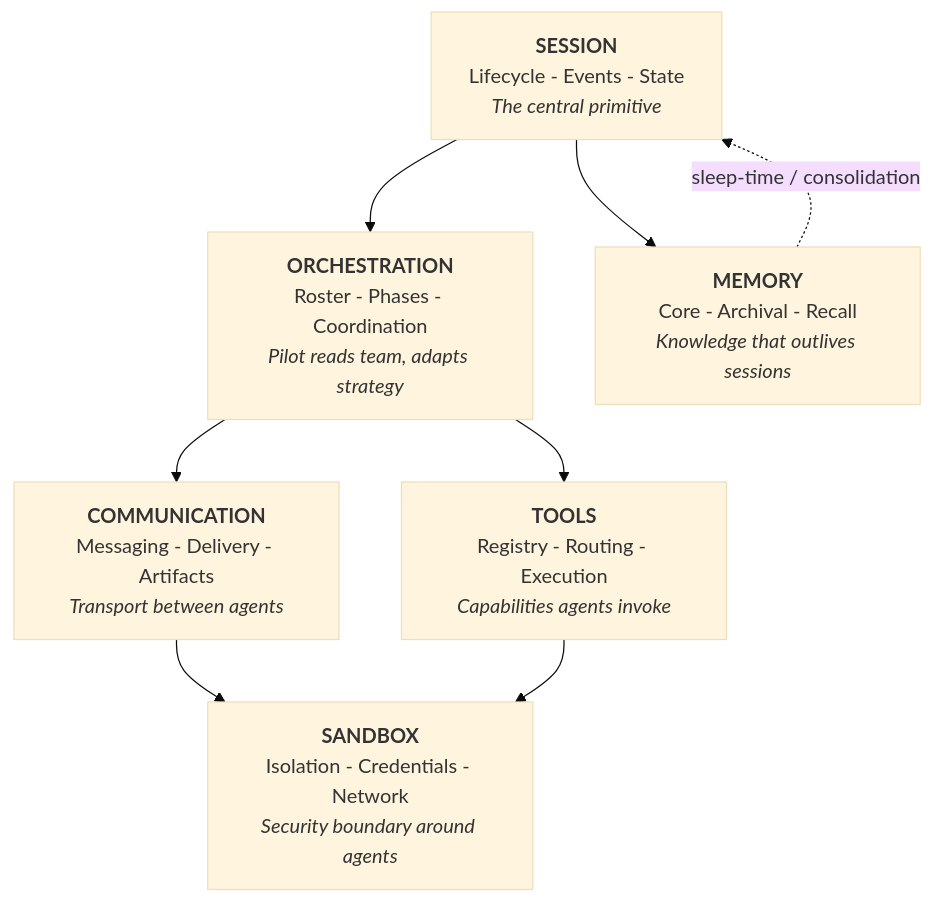
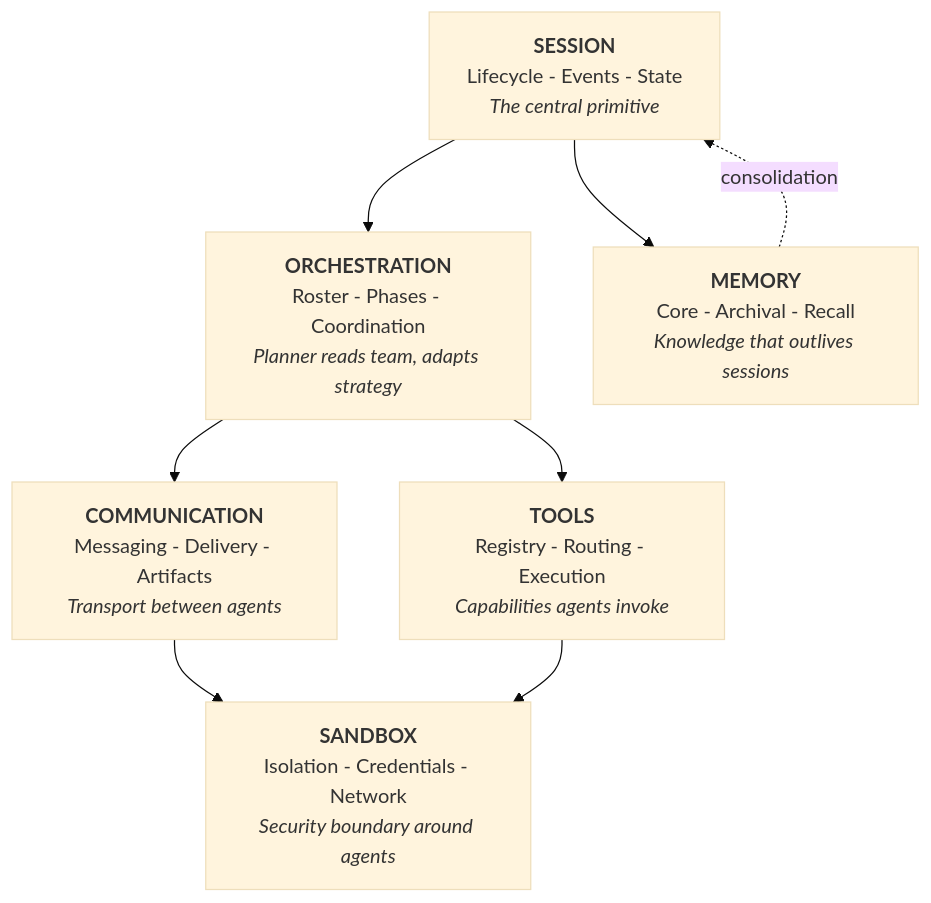
The diagram in docs/PHILOSOPHY.md (donovan-yohan/belayer), drawn with Mermaid (base theme) before and after one commit. The commit also changed other lines of this file and 82 other files, not shown here.

````diff
--- a/docs/PHILOSOPHY.md
+++ b/docs/PHILOSOPHY.md
@@ -42,17 +28,17 @@
 ```mermaid
 flowchart TB
     S["<b>SESSION</b><br/>Lifecycle - Events - State<br/><i>The central primitive</i>"]
-    O["<b>ORCHESTRATION</b><br/>Roster - Phases - Coordination<br/><i>Pilot reads team, adapts strategy</i>"]
+    O["<b>ORCHESTRATION</b><br/>Roster - Phases - Coordination<br/><i>Planner reads team, adapts strategy</i>"]
     M["<b>MEMORY</b><br/>Core - Archival - Recall<br/><i>Knowledge that outlives sessions</i>"]
     C["<b>COMMUNICATION</b><br/>Messaging - Delivery - Artifacts<br/><i>Transport between agents</i>"]
     T["<b>TOOLS</b><br/>Registry - Routing - Execution<br/><i>Capabilities agents invoke</i>"]
     SB["<b>SANDBOX</b><br/>Isolation - Credentials - Network<br/><i>Security boundary around agents</i>"]
 
     S --> O
     S --> M
     O --> C
     O --> T
     C --> SB
     T --> SB
-    M -.->|"sleep-time / consolidation"| S
+    M -.->|"consolidation"| S
 ```
````
